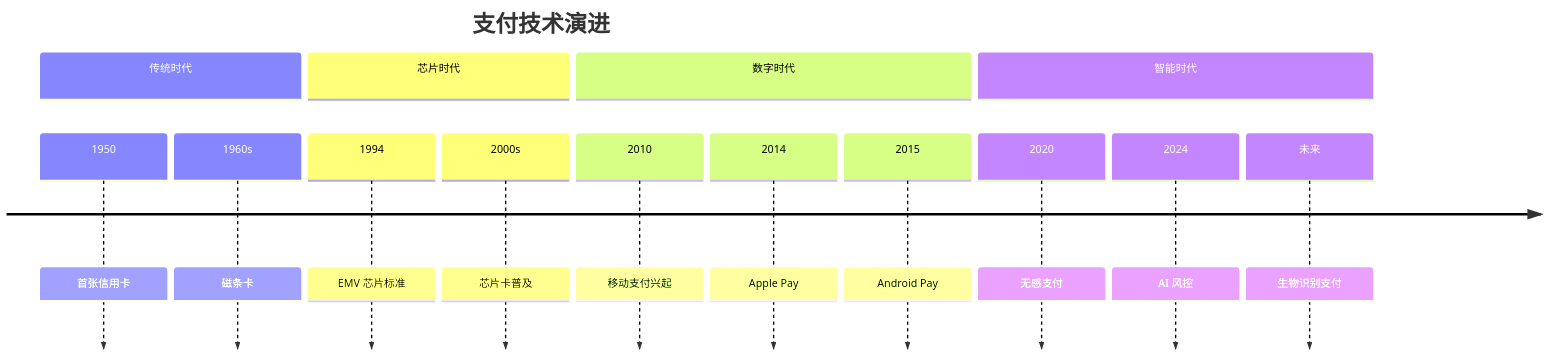
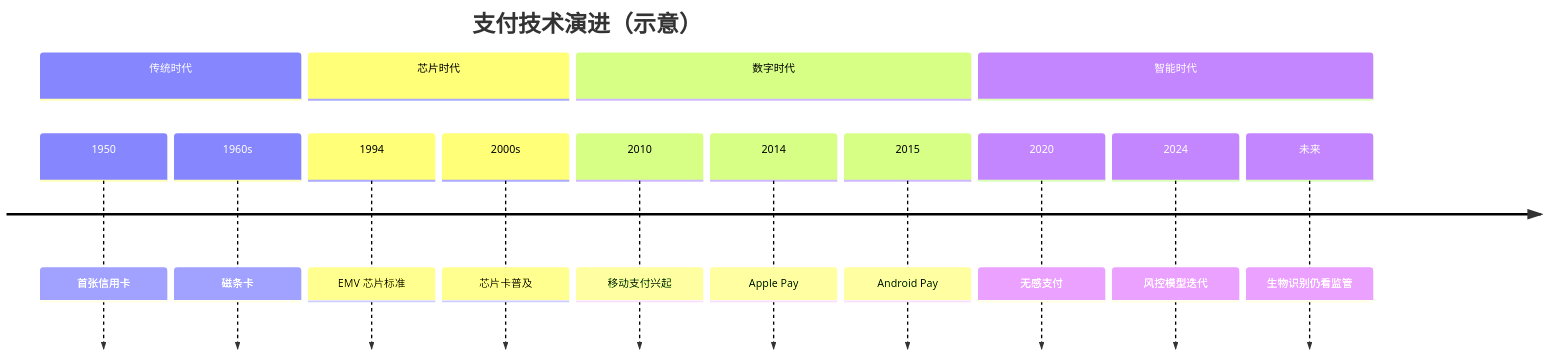
Before and after one commit to zhaofutao04/zblog: diagram 15 of 15 in docs/_posts/international-card-schemes.md, drawn with Mermaid. The commit also changed other lines of this file and 23 other files, not shown here.

````diff
--- a/docs/_posts/international-card-schemes.md
+++ b/docs/_posts/international-card-schemes.md
@@ -504,18 +520,18 @@
 ```mermaid
 timeline
-    title 支付技术演进
+    title 支付技术演进（示意）
     section 传统时代
         1950 : 首张信用卡
         1960s : 磁条卡
     section 芯片时代
         1994 : EMV 芯片标准
         2000s : 芯片卡普及
     section 数字时代
         2010 : 移动支付兴起
         2014 : Apple Pay
         2015 : Android Pay
     section 智能时代
         2020 : 无感支付
-        2024 : AI 风控
-        未来 : 生物识别支付
+        2024 : 风控模型迭代
+        未来 : 生物识别仍看监管
 ```
````
